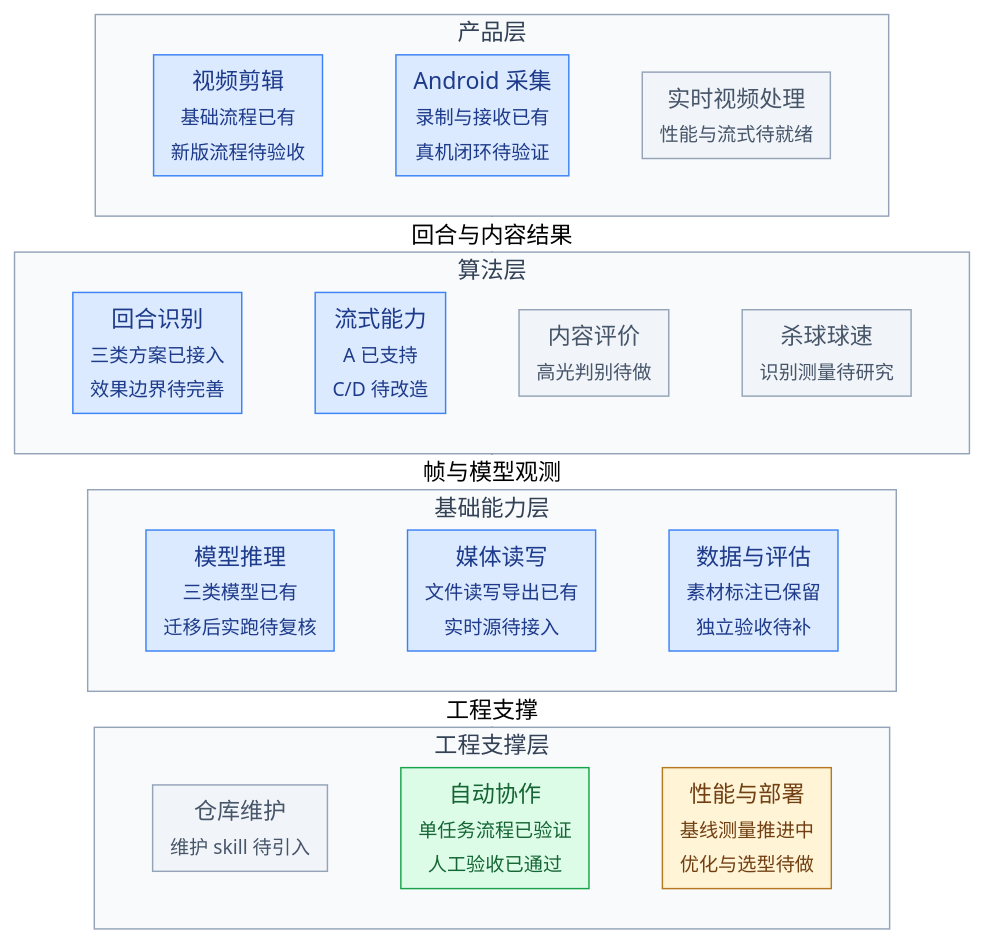
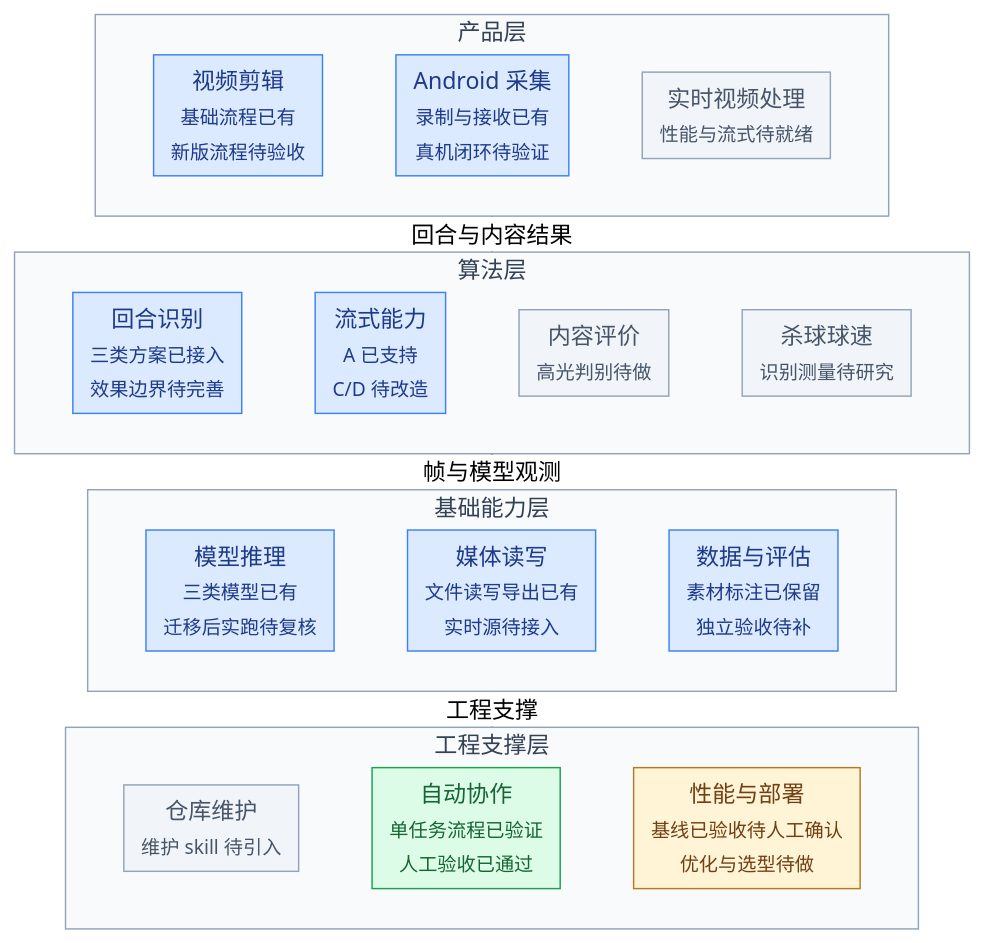
The first of 2 diagrams in docs/plan/roadmap.md (benb365/smash-suite), drawn with Mermaid (neutral theme) before and after one commit. The commit also changed other lines of this file and 98 other files, not shown here.

````diff
--- a/docs/plan/roadmap.md
+++ b/docs/plan/roadmap.md
@@ -16,66 +16,66 @@
 ```mermaid
 %%{init: {"flowchart": {"useMaxWidth": true, "nodeSpacing": 10, "rankSpacing": 1, "padding": 6, "diagramPadding": 8}}}%%
 flowchart BT
   subgraph products["产品层"]
     subgraph productRow[" "]
     direction LR
     clip["视频剪辑<br/><small>基础流程已有<br/>新版流程待验收</small>"]
     capture["Android 采集<br/><small>录制与接收已有<br/>真机闭环待验证</small>"]
     live["实时视频处理<br/><small>性能与流式待就绪</small>"]
     clip ~~~ capture ~~~ live
     end
   end
 
   subgraph algorithms["算法层"]
     subgraph algorithmRow[" "]
     direction LR
     rally["回合识别<br/><small>三类方案已接入<br/>效果边界待完善</small>"]
     stream["流式能力<br/><small>A 已支持<br/>C/D 待改造</small>"]
     content["内容评价<br/><small>高光判别待做</small>"]
     speed["杀球球速<br/><small>识别测量待研究</small>"]
     rally ~~~ stream ~~~ content ~~~ speed
     end
   end
 
   subgraph foundation["基础能力层"]
     subgraph foundationRow[" "]
     direction LR
     models["模型推理<br/><small>三类模型已有<br/>迁移后实跑待复核</small>"]
     media["媒体读写<br/><small>文件读写导出已有<br/>实时源待接入</small>"]
     data["数据与评估<br/><small>素材标注已保留<br/>独立验收待补</small>"]
     models ~~~ media ~~~ data
     end
   end
 
   subgraph engineering["工程支撑层"]
     subgraph engineeringRow[" "]
     direction LR
     maintenance["仓库维护<br/><small>维护 skill 待引入</small>"]
     workflow["自动协作<br/><small>单任务流程已验证<br/>人工验收已通过</small>"]
-    performance["性能与部署<br/><small>基线测量推进中<br/>优化与选型待做</small>"]
+    performance["性能与部署<br/><small>基线已验收待人工确认<br/>优化与选型待做</small>"]
     maintenance ~~~ workflow ~~~ performance
     end
   end
 
   engineering -. 工程支撑 .-> foundation
   foundation -->|帧与模型观测| algorithms
   algorithms -->|回合与内容结果| products
 
   classDef complete fill:#dcfce7,stroke:#16a34a,color:#166534
   classDef partial fill:#dbeafe,stroke:#3b82f6,color:#1e3a8a
   classDef pending fill:#f1f5f9,stroke:#94a3b8,color:#475569
   classDef active fill:#fff4d6,stroke:#b7791f,color:#713f12
   class clip,capture,rally,stream,models,media,data partial
   class live,content,speed,maintenance pending
   class workflow complete
   class performance active
   style products fill:#f8fafc,stroke:#94a3b8,color:#334155
   style algorithms fill:#f8fafc,stroke:#94a3b8,color:#334155
   style foundation fill:#f8fafc,stroke:#94a3b8,color:#334155
   style engineering fill:#f8fafc,stroke:#94a3b8,color:#334155
   style productRow fill:transparent,stroke:transparent
   style algorithmRow fill:transparent,stroke:transparent
   style foundationRow fill:transparent,stroke:transparent
   style engineeringRow fill:transparent,stroke:transparent
   linkStyle default stroke:#64748b
 ```
````
